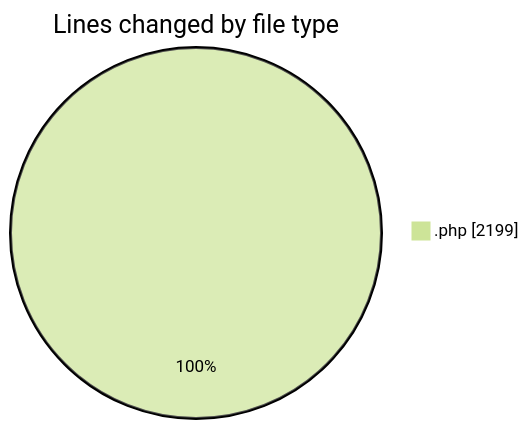
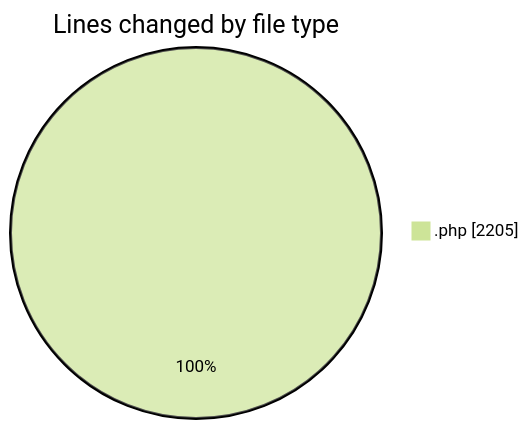
The first of 2 diagrams in 2025-04-30/web/README.md (LanceThiago/code-tracking), drawn with Mermaid (forest theme) before and after one commit. The commit also changed other lines of this file and 1 other file, not shown here.

````diff
--- a/2025-04-30/web/README.md
+++ b/2025-04-30/web/README.md
@@ -21,5 +21,5 @@
 ```mermaid
 pie showData
 title Lines changed by file type
-".php" : 2199
+".php" : 2205
 ```
````
